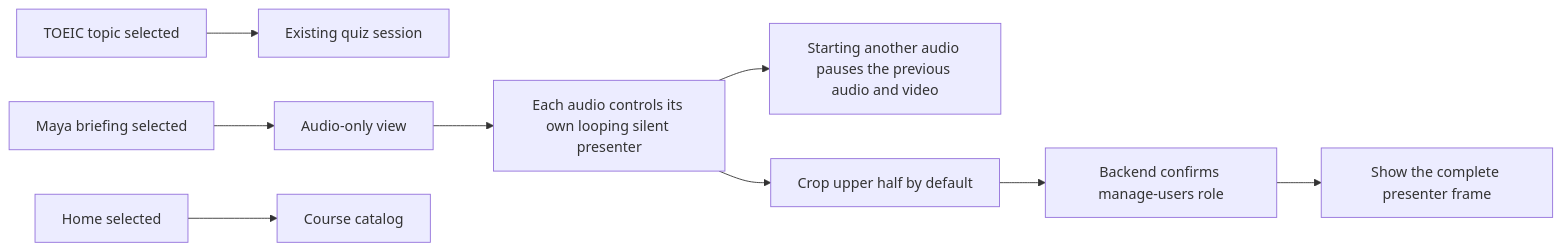
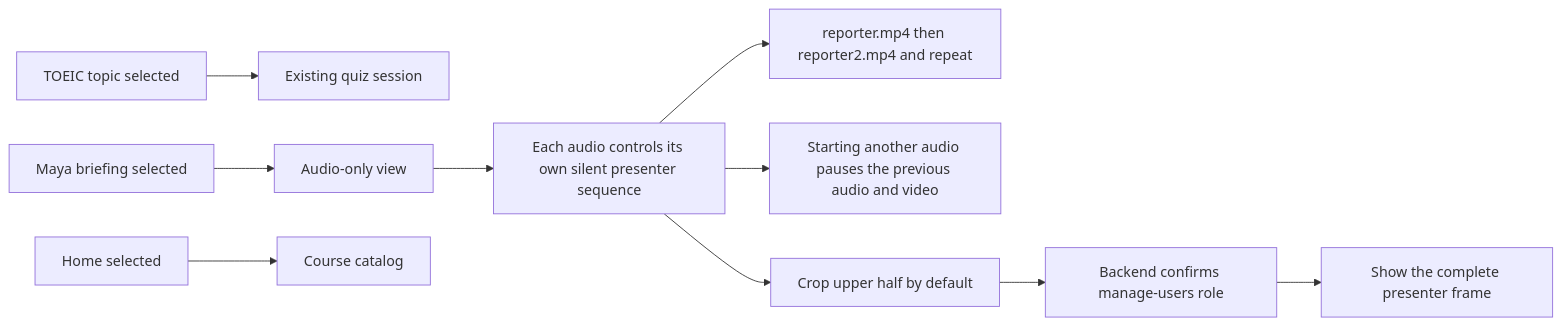
Before and after one commit to Vinskao/ty-multiverse: the second of 2 diagrams in docs/LEARNING_CATALOG.md, drawn with Mermaid. The commit also changed other lines of this file and 4 other files, not shown here.

Commit message:
feat(learn): cycle presenter videos with audio

````diff
--- a/docs/LEARNING_CATALOG.md
+++ b/docs/LEARNING_CATALOG.md
@@ -36,11 +36,12 @@
 ```mermaid
 flowchart LR
   A[TOEIC topic selected] --> B[Existing quiz session]
   C[Maya briefing selected] --> D[Audio-only view]
-  D --> G[Each audio controls its own looping silent presenter]
+  D --> G[Each audio controls its own silent presenter sequence]
+  G --> L[reporter.mp4 then reporter2.mp4 and repeat]
   G --> H[Starting another audio pauses the previous audio and video]
   G --> I[Crop upper half by default]
   I --> J[Backend confirms manage-users role]
   J --> K[Show the complete presenter frame]
   E[Home selected] --> F[Course catalog]
 ```
````
